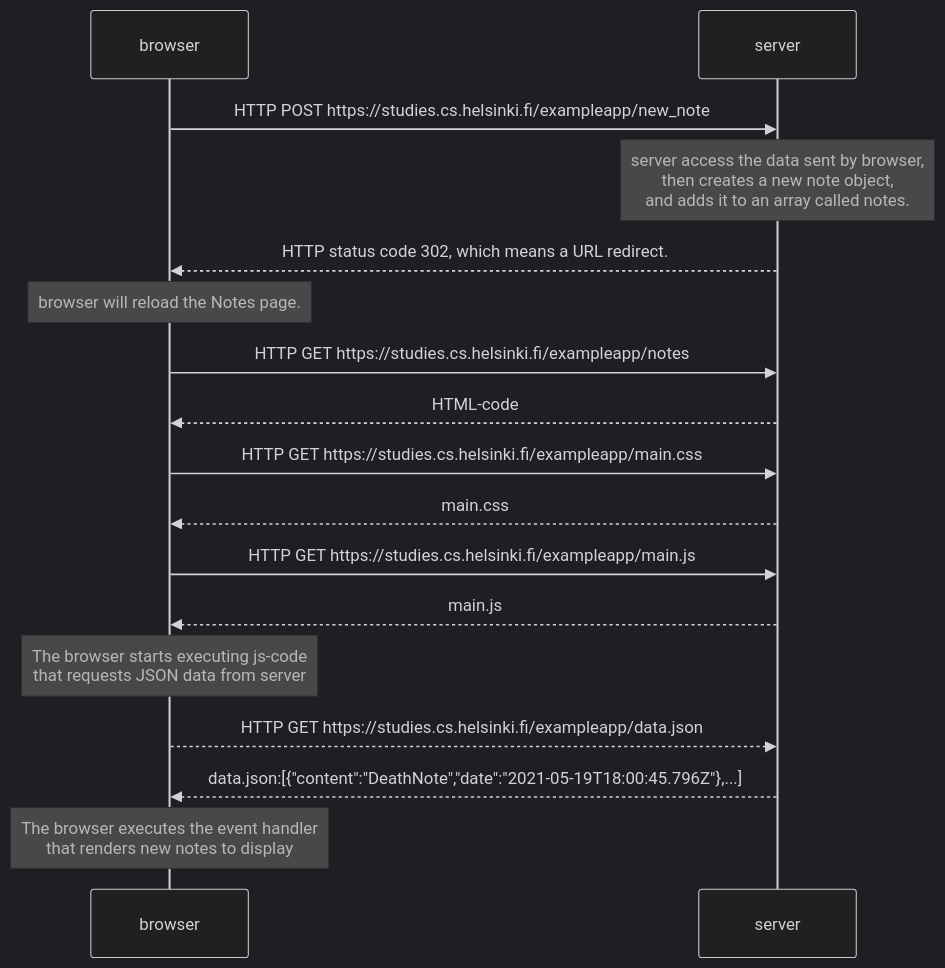
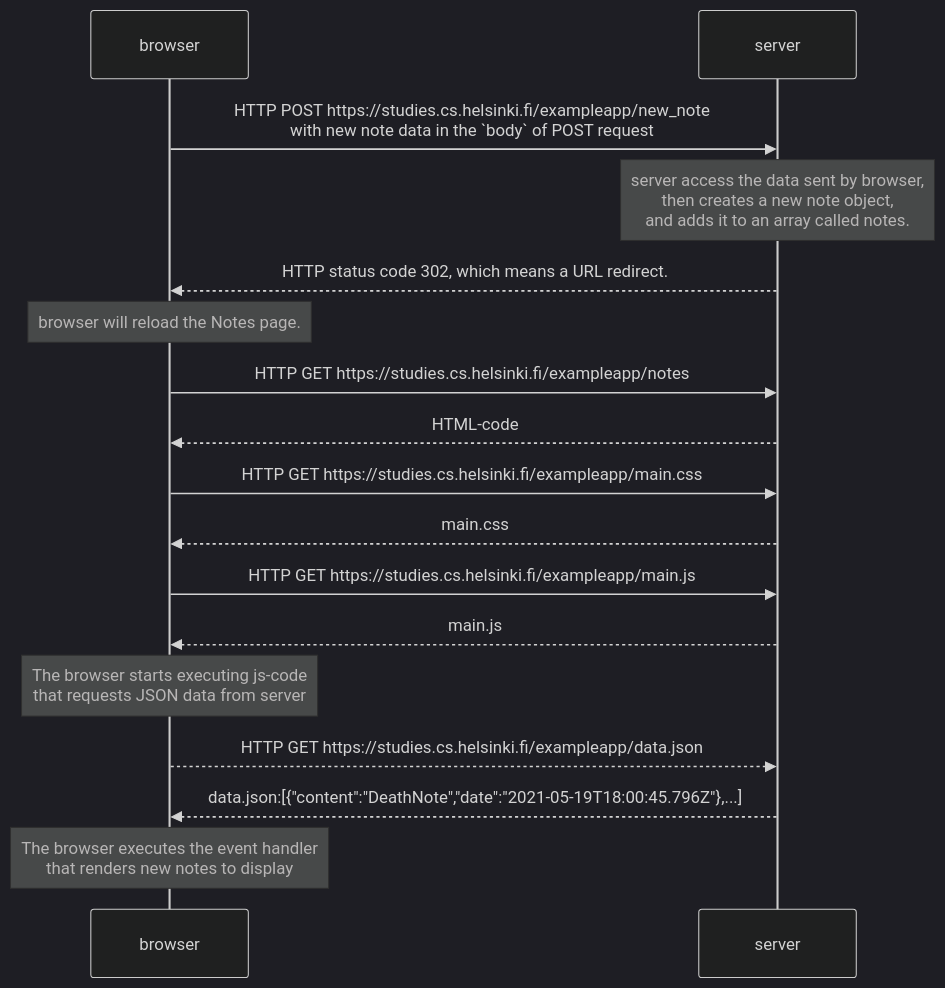
One commit to georg-cantor/fullstackopen2021 changed the diagram in part0/exercise-4.md. Above: the diagram before and after it, drawn with Mermaid (dark theme). The commit also changed 6 other files, not shown here.

````diff
--- a/part0/exercise-4.md
+++ b/part0/exercise-4.md
@@ -8,19 +8,19 @@
 ```mermaid
 sequenceDiagram
     participant B AS browser
     participant S AS server
-    B->>S: HTTP POST https://studies.cs.helsinki.fi/exampleapp/new_note
+    B->>S: HTTP POST https://studies.cs.helsinki.fi/exampleapp/new_note <br> with new note data in the `body` of POST request
     Note over S: server access the data sent by browser, <br>then creates a new note object, <br>and adds it to an array called notes.
     S-->>B: HTTP status code 302, which means a URL redirect.
     Note over B: browser will reload the Notes page.
     B->>S: HTTP GET https://studies.cs.helsinki.fi/exampleapp/notes
     S-->>B: HTML-code
     B->>S: HTTP GET https://studies.cs.helsinki.fi/exampleapp/main.css
     S-->>B: main.css
     B->>S: HTTP GET https://studies.cs.helsinki.fi/exampleapp/main.js
     S-->>B: main.js
     Note over B: The browser starts executing js-code <br> that requests JSON data from server
     B-->>S: HTTP GET https://studies.cs.helsinki.fi/exampleapp/data.json
     S-->>B: data.json:[{"content":"DeathNote","date":"2021-05-19T18:00:45.796Z"},...]
     Note over B: The browser executes the event handler <br> that renders new notes to display
 ```
````
